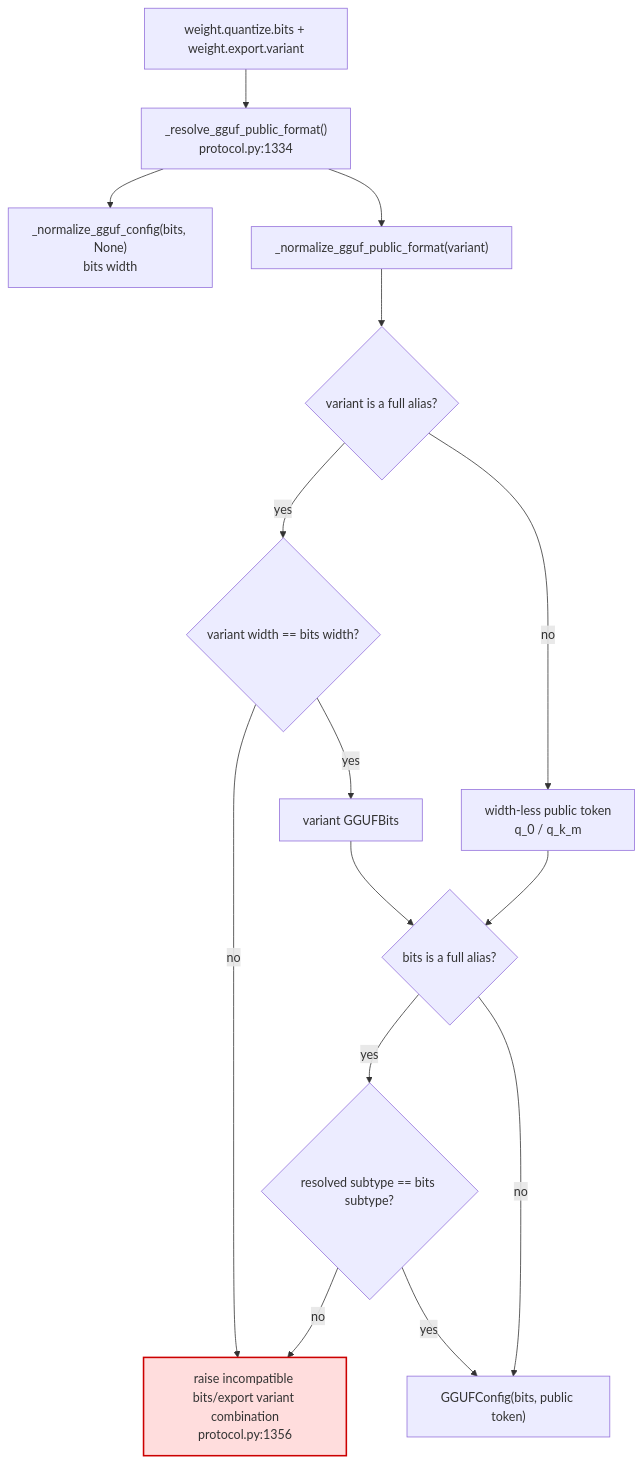
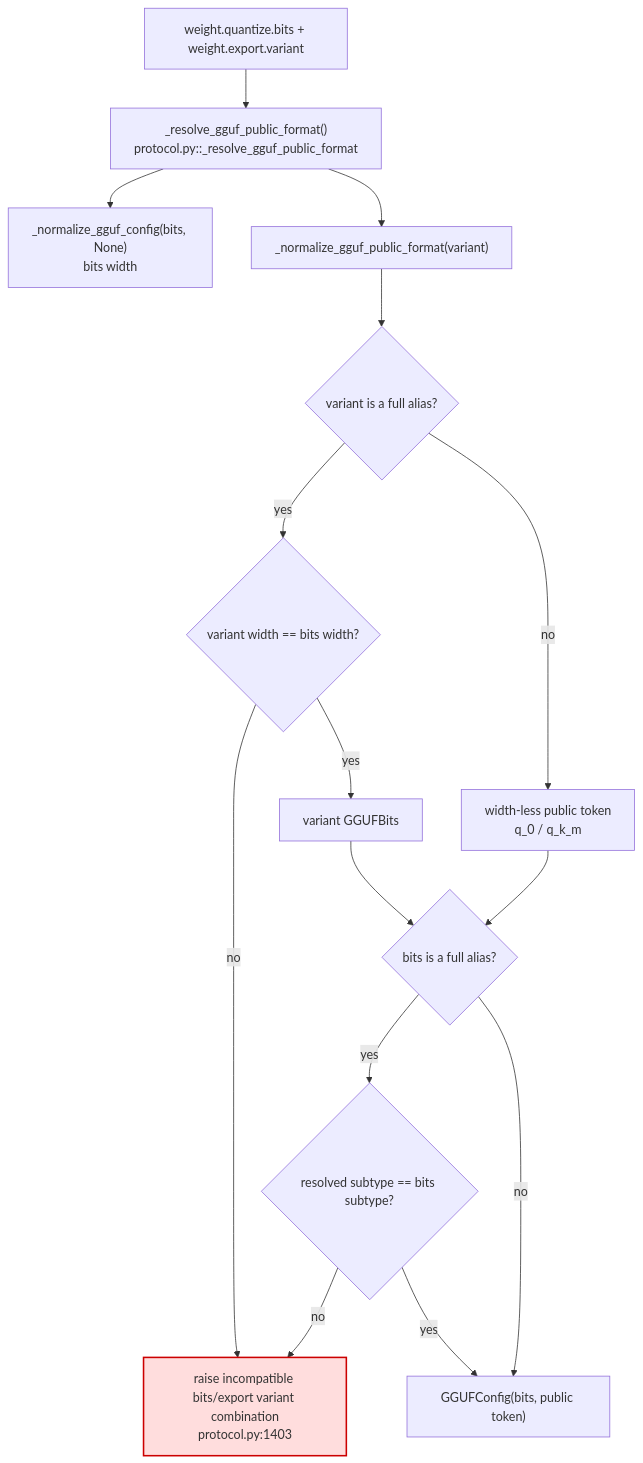
Before and after one commit to ModelCloud/GPTQModel: the second of 2 diagrams in docs/gguf-config-resolution.md, drawn with Mermaid. The commit also changed other lines of this file and 3 other files, not shown here.

````diff
--- a/docs/gguf-config-resolution.md
+++ b/docs/gguf-config-resolution.md
@@ -60,19 +62,19 @@
 ```mermaid
 flowchart TD
-    P["weight.quantize.bits + weight.export.variant"] --> Q["_resolve_gguf_public_format()<br/>protocol.py:1334"]
+    P["weight.quantize.bits + weight.export.variant"] --> Q["_resolve_gguf_public_format()<br/>protocol.py::_resolve_gguf_public_format"]
     Q --> R["_normalize_gguf_config(bits, None)<br/>bits width"]
     Q --> S["_normalize_gguf_public_format(variant)"]
     S --> T{"variant is a full alias?"}
     T -->|yes| U{"variant width == bits width?"}
-    U -->|no| X["raise incompatible bits/export variant combination<br/>protocol.py:1356"]
+    U -->|no| X["raise incompatible bits/export variant combination<br/>protocol.py:1403"]
     U -->|yes| V["variant GGUFBits"]
     T -->|no| W["width-less public token<br/>q_0 / q_k_m"]
     V --> Y{"bits is a full alias?"}
     W --> Y
     Y -->|yes| Z{"resolved subtype == bits subtype?"}
     Z -->|no| X
     Z -->|yes| AA["GGUFConfig(bits, public token)"]
     Y -->|no| AA
 
     style X fill:#fdd,stroke:#c00,stroke-width:2px
 ```
````
